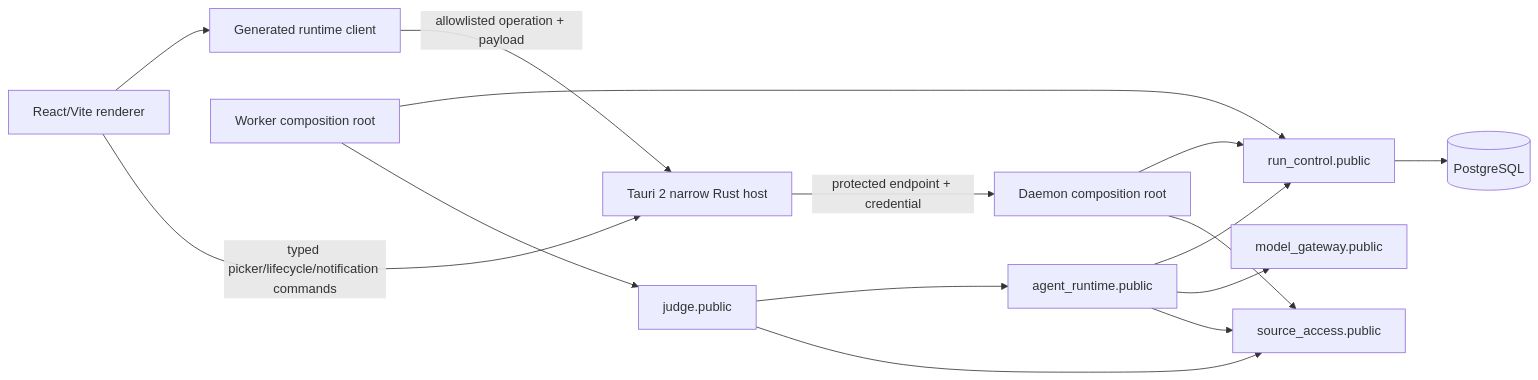
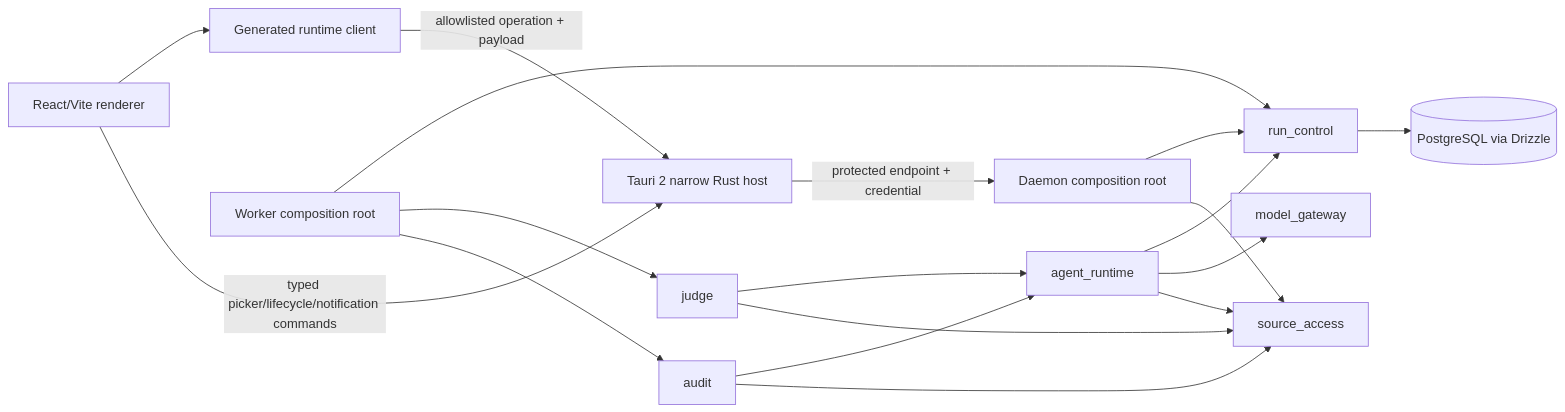
One commit to DATN-K23/harness changed the second of 4 diagrams in blueprint/architecture/system-overview.md. Above: the diagram before and after it, drawn with Mermaid. The commit also changed other lines of this file and 4 other files, not shown here.

Commit message:
docs(blueprint): standardize core identity, tech stack, and architectural sequences

````diff
--- a/blueprint/architecture/system-overview.md
+++ b/blueprint/architecture/system-overview.md
@@ -59,17 +55,20 @@
 ```mermaid
 flowchart LR
   UI[React/Vite renderer] --> GC[Generated runtime client]
   GC -->|allowlisted operation + payload| TAURI[Tauri 2 narrow Rust host]
   UI -->|typed picker/lifecycle/notification commands| TAURI
   TAURI -->|protected endpoint + credential| DAEMON[Daemon composition root]
-  DAEMON --> RC[run_control.public]
-  DAEMON --> SA[source_access.public]
+  DAEMON --> RC[run_control]
+  DAEMON --> SA[source_access]
   WORKER[Worker composition root] --> RC
-  WORKER --> J[judge.public]
-  J --> AR[agent_runtime.public]
+  WORKER --> J[judge]
+  WORKER --> A[audit]
+  J --> AR[agent_runtime]
+  A --> AR
   J --> SA
+  A --> SA
   AR --> RC
-  AR --> MG[model_gateway.public]
+  AR --> MG[model_gateway]
   AR --> SA
-  RC --> PG[(PostgreSQL)]
+  RC --> PG[(PostgreSQL via Drizzle)]
 ```
````
